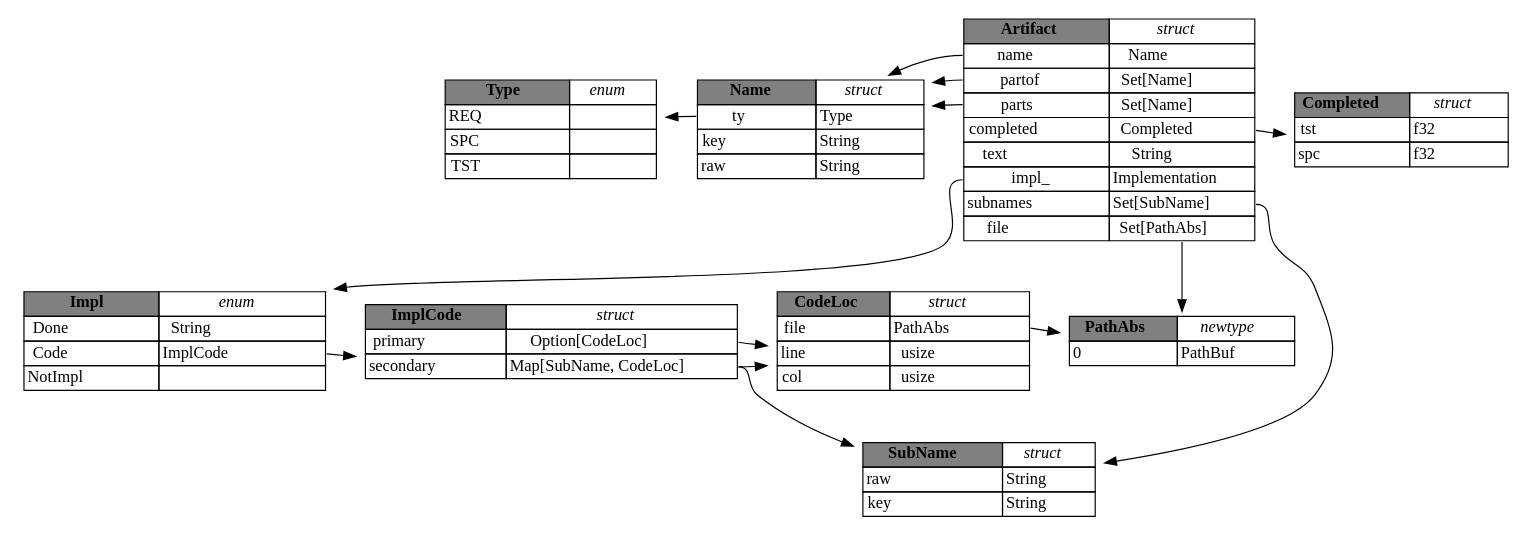
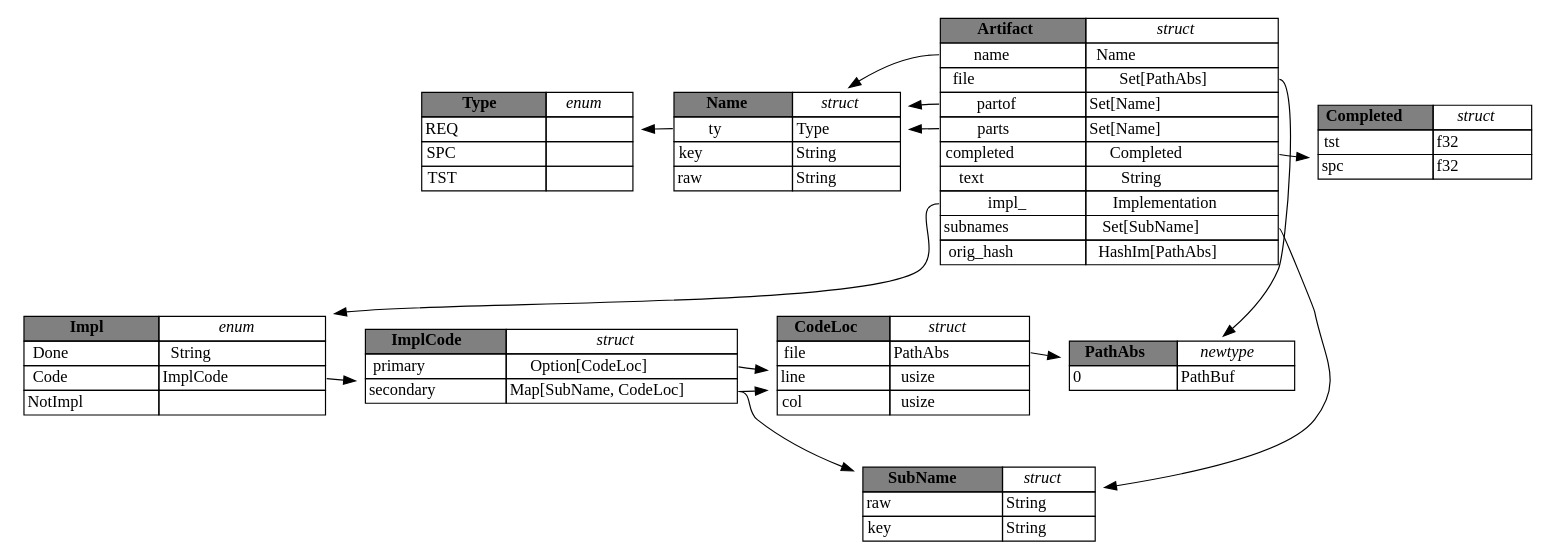
Before and after one commit to vitiral/artifact: the diagram in artifact-data/design/structs.md, drawn with Graphviz. The commit also changed other lines of this file and 31 other files, not shown here.

```diff
--- a/artifact-data/design/structs.md
+++ b/artifact-data/design/structs.md
@@ -36,14 +38,15 @@
     Artifact [label=<
 <TABLE ALIGN="left" BORDER="0" CELLBORDER="1" CELLSPACING="0">
   <TR><TD PORT="self" BGCOLOR="gray"><b>Artifact</b></TD><TD><i>struct</i></TD></TR>
-  <TR><TD PORT="name">name      </TD><TD>Name           </TD></TR>
-  <TR><TD PORT="pof" >partof    </TD><TD>Set[Name]      </TD></TR>
-  <TR><TD PORT="pts" >parts     </TD><TD>Set[Name]      </TD></TR>
-  <TR><TD>completed         </TD><TD PORT="comp">Completed      </TD></TR>
-  <TR><TD>text              </TD><TD PORT="text">String         </TD></TR>
+  <TR><TD PORT="name">name      </TD><TD>Name                       </TD></TR>
+  <TR><TD>file                  </TD><TD PORT="file">Set[PathAbs]   </TD></TR>
+  <TR><TD PORT="pof" >partof    </TD><TD>Set[Name]                  </TD></TR>
+  <TR><TD PORT="pts" >parts     </TD><TD>Set[Name]                  </TD></TR>
+  <TR><TD>completed         </TD><TD PORT="comp">Completed          </TD></TR>
+  <TR><TD>text              </TD><TD PORT="text">String             </TD></TR>
   <TR><TD PORT="impl">impl_ </TD><TD>Implementation </TD></TR>
-  <TR><TD>subnames          </TD><TD PORT="sub" >Set[SubName]   </TD></TR>
-  <TR><TD>file              </TD><TD PORT="file">Set[PathAbs]   </TD></TR>
+  <TR><TD>subnames          </TD><TD PORT="sub" >Set[SubName]       </TD></TR>
+  <TR><TD>orig_hash         </TD><TD PORT="hash">HashIm[PathAbs]    </TD></TR>
 </TABLE>>];
 
     Completed [label=<
```
